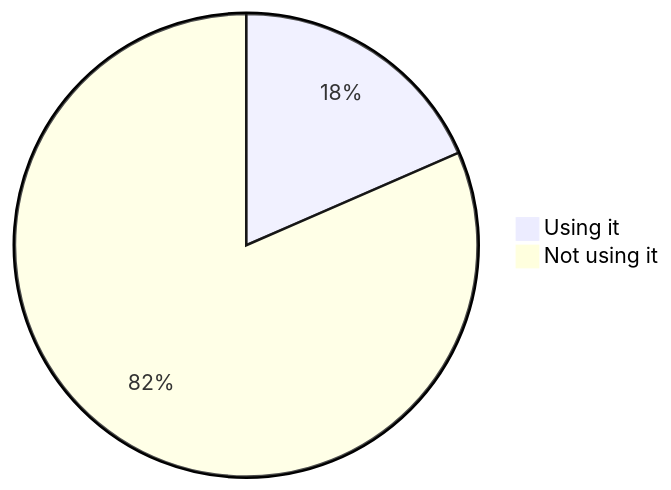
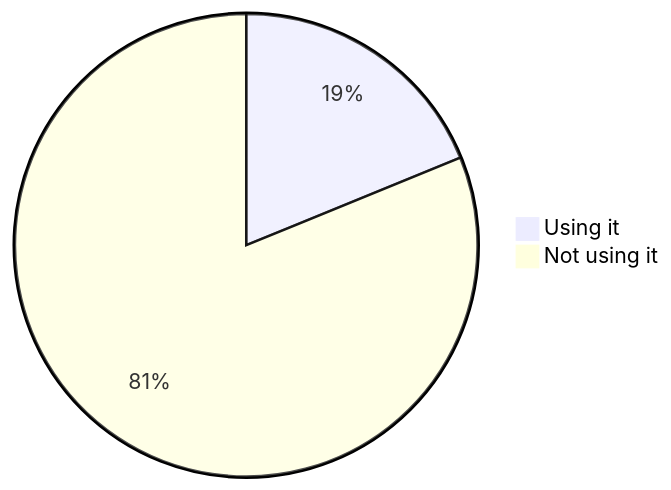
Before and after one commit to oshp/oshp-stats: the fourth of 22 diagrams in stats.md, drawn with Mermaid. The commit also changed other lines of this file, not shown here.

````diff
--- a/stats.md
+++ b/stats.md
@@ -46,6 +46,6 @@
 ```mermaid
 pie
-	"Using it" : 18.46
-	"Not using it" : 81.54
+	"Using it" : 18.82
+	"Not using it" : 81.18
 
 ```
````
